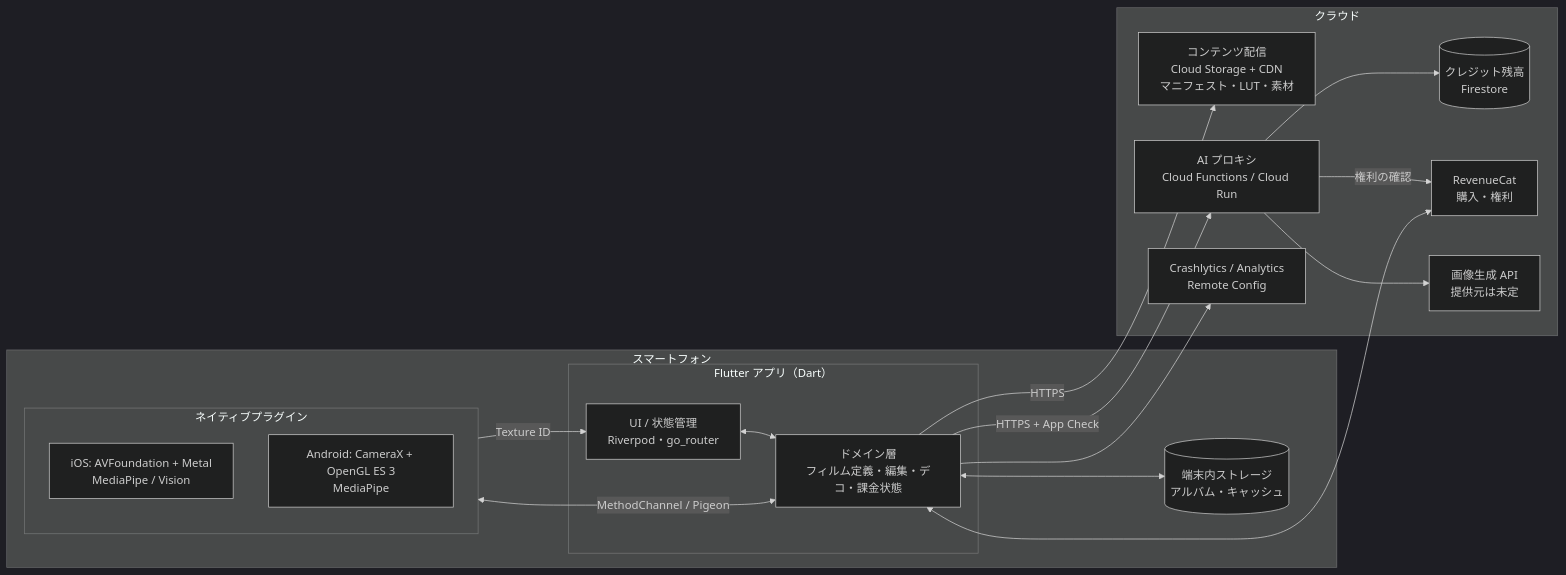
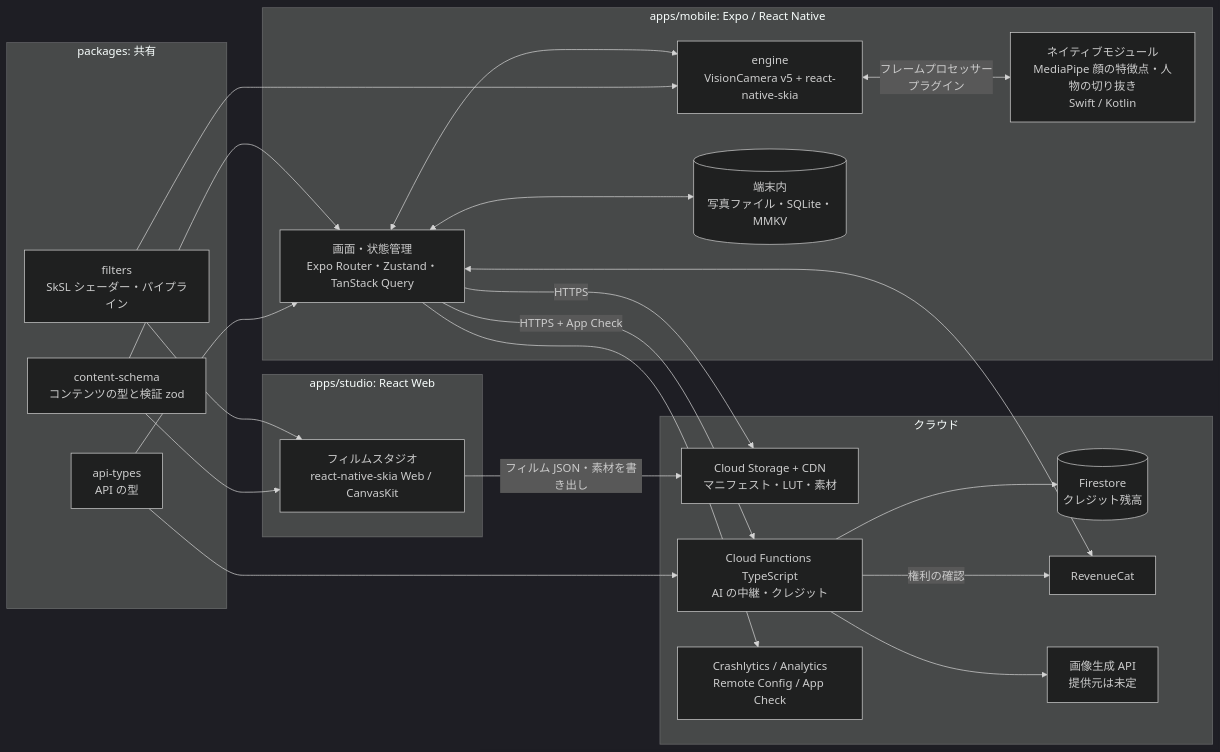
One commit to dorachan121/fanT changed the diagram in docs/requirements/07-system-architecture.md. Above: the diagram before and after it, drawn with Mermaid (dark theme). The commit also changed other lines of this file and 10 other files, not shown here.

First line of the commit message:
Switch architecture to TypeScript monorepo with Expo, VisionCamera and Skia

````diff
--- a/docs/requirements/07-system-architecture.md
+++ b/docs/requirements/07-system-architecture.md
@@ -7,35 +25,47 @@
 ```mermaid
 flowchart LR
-    subgraph Device[スマートフォン]
-        subgraph Flutter[Flutter アプリ（Dart）]
-            UI[UI / 状態管理<br/>Riverpod・go_router]
-            Domain[ドメイン層<br/>フィルム定義・編集・デコ・課金状態]
-        end
-        subgraph Native[ネイティブプラグイン]
-            IOS[iOS: AVFoundation + Metal<br/>MediaPipe / Vision]
-            AND[Android: CameraX + OpenGL ES 3<br/>MediaPipe]
-        end
-        Store[(端末内ストレージ<br/>アルバム・キャッシュ)]
-        UI <--> Domain
-        Domain <-->|MethodChannel / Pigeon| Native
-        Native -->|Texture ID| UI
-        Domain <--> Store
+    subgraph Mobile[apps/mobile: Expo / React Native]
+        UI[画面・状態管理<br/>Expo Router・Zustand・TanStack Query]
+        Engine[engine<br/>VisionCamera v5 + react-native-skia]
+        NM[ネイティブモジュール<br/>MediaPipe 顔の特徴点・人物の切り抜き<br/>Swift / Kotlin]
+        Local[(端末内<br/>写真ファイル・SQLite・MMKV)]
+        UI <--> Engine
+        Engine <-->|フレームプロセッサー<br/>プラグイン| NM
+        UI <--> Local
+    end
+
+    subgraph Shared[packages: 共有]
+        Filters[filters<br/>SkSL シェーダー・パイプライン]
+        Schema[content-schema<br/>コンテンツの型と検証 zod]
+        ApiTypes[api-types<br/>API の型]
+    end
+
+    subgraph Studio[apps/studio: React Web]
+        StudioUI[フィルムスタジオ<br/>react-native-skia Web / CanvasKit]
     end
 
     subgraph Cloud[クラウド]
-        CDN[コンテンツ配信<br/>Cloud Storage + CDN<br/>マニフェスト・LUT・素材]
-        API[AI プロキシ<br/>Cloud Functions / Cloud Run]
-        DB[(クレジット残高<br/>Firestore)]
-        RC[RevenueCat<br/>購入・権利]
+        CDN[Cloud Storage + CDN<br/>マニフェスト・LUT・素材]
+        Fn[Cloud Functions TypeScript<br/>AI の中継・クレジット]
+        DB[(Firestore<br/>クレジット残高)]
+        RC[RevenueCat]
         GenAI[画像生成 API<br/>提供元は未定]
-        Mon[Crashlytics / Analytics<br/>Remote Config]
+        Mon[Crashlytics / Analytics<br/>Remote Config / App Check]
     end
 
-    Domain -->|HTTPS| CDN
-    Domain -->|HTTPS + App Check| API
-    API --> DB
-    API --> GenAI
-    API -->|権利の確認| RC
-    Domain <--> RC
-    Domain --> Mon
+    Filters --> Engine
+    Filters --> StudioUI
+    Schema --> UI
+    Schema --> StudioUI
+    ApiTypes --> UI
+    ApiTypes --> Fn
+
+    StudioUI -->|フィルム JSON・素材を書き出し| CDN
+    UI -->|HTTPS| CDN
+    UI -->|HTTPS + App Check| Fn
+    Fn --> DB
+    Fn --> GenAI
+    Fn -->|権利の確認| RC
+    UI <--> RC
+    UI --> Mon
 ```
````
